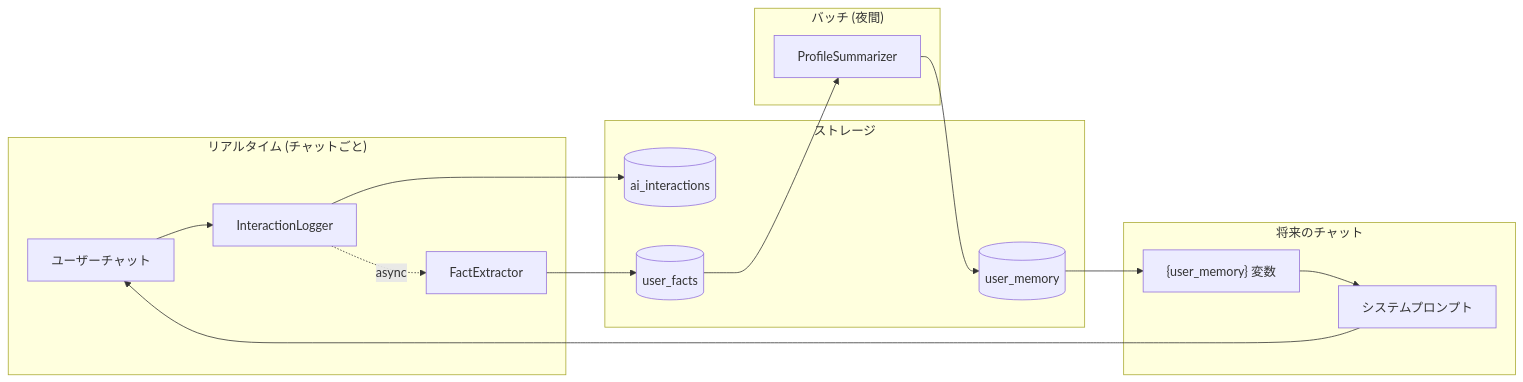
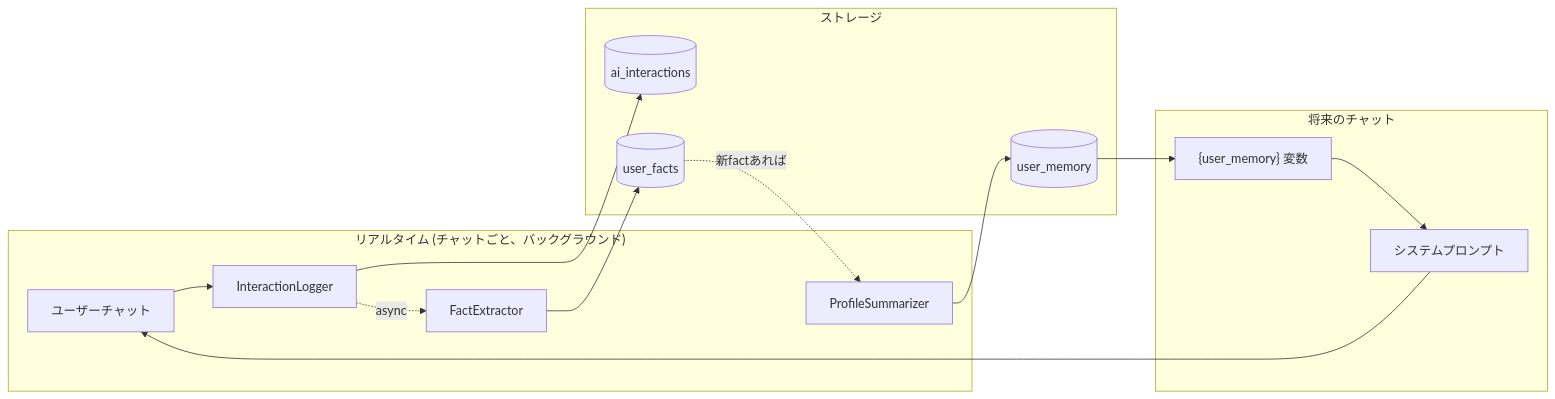
Before and after one commit to yu-min3/kensan: the fourth of 6 diagrams in kensan-ai/ARCHITECTURE.md, drawn with Mermaid. The commit also changed other lines of this file and 57 other files, not shown here.

````diff
--- a/kensan-ai/ARCHITECTURE.md
+++ b/kensan-ai/ARCHITECTURE.md
@@ -1002,35 +996,31 @@
 ```mermaid
 flowchart LR
-    subgraph "リアルタイム (チャットごと)"
+    subgraph "リアルタイム (チャットごと、バックグラウンド)"
         Chat[ユーザーチャット]
         Logger[InteractionLogger]
         Extractor[FactExtractor]
+        Summarizer[ProfileSummarizer]
     end
 
     subgraph "ストレージ"
         Interactions[(ai_interactions)]
         Facts[(user_facts)]
         Memory[(user_memory)]
-    end
-
-    subgraph "バッチ (夜間)"
-        Summarizer[ProfileSummarizer]
     end
 
     subgraph "将来のチャット"
         Variable["{user_memory}" 変数]
         Prompt[システムプロンプト]
     end
 
     Chat --> Logger
     Logger --> Interactions
     Logger -.->|async| Extractor
     Extractor --> Facts
-
-    Facts --> Summarizer
+    Facts -.->|新factあれば| Summarizer
     Summarizer --> Memory
 
     Memory --> Variable
     Variable --> Prompt
     Prompt --> Chat
 ```
````
